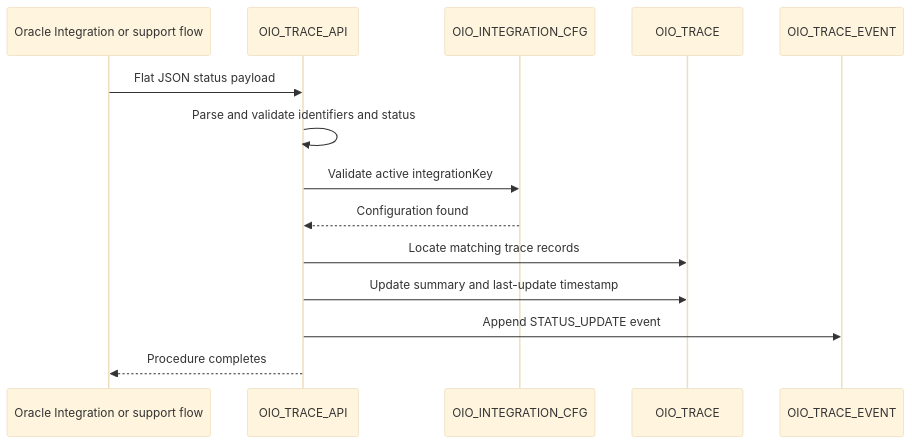
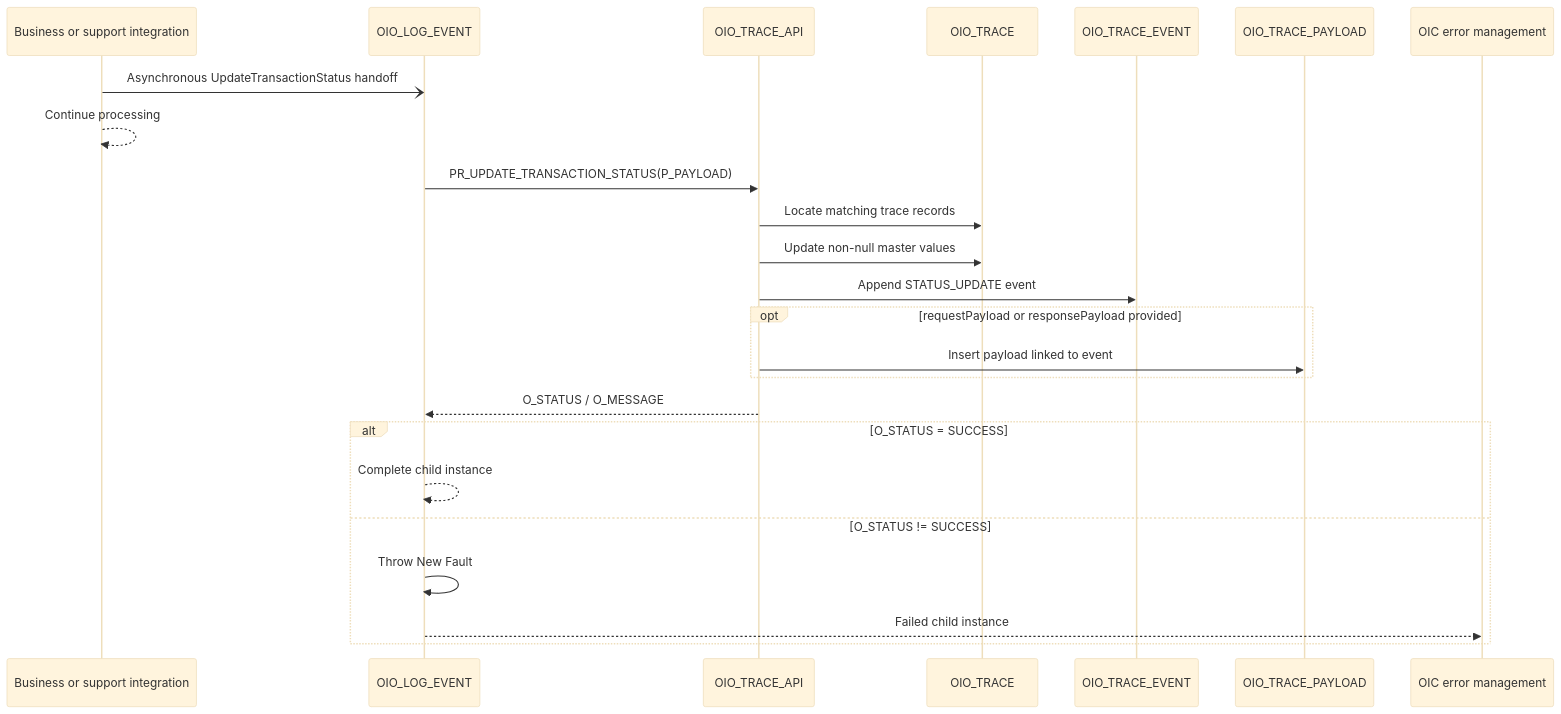
One commit to lucianosilva/oracle-integration-observability changed the third of 4 diagrams in docs/architecture.md. Above: the diagram before and after it, drawn with Mermaid (base theme). The commit also changed other lines of this file and 3 other files, not shown here.

Commit message:
docs: align architecture and logging contract with OIC implementation

````diff
--- a/docs/architecture.md
+++ b/docs/architecture.md
@@ -222,17 +270,27 @@
 ```mermaid
 sequenceDiagram
-    participant OIC as Oracle Integration or support flow
+    participant Parent as Business or support integration
+    participant Logger as OIO_LOG_EVENT
     participant API as OIO_TRACE_API
-    participant CFG as OIO_INTEGRATION_CFG
     participant TRC as OIO_TRACE
     participant EVT as OIO_TRACE_EVENT
+    participant PAY as OIO_TRACE_PAYLOAD
+    participant EM as OIC error management
 
-    OIC->>API: Flat JSON status payload
-    API->>API: Parse and validate identifiers and status
-    API->>CFG: Validate active integrationKey
-    CFG-->>API: Configuration found
+    Parent-)Logger: Asynchronous UpdateTransactionStatus handoff
+    Parent-->>Parent: Continue processing
+    Logger->>API: PR_UPDATE_TRANSACTION_STATUS(P_PAYLOAD)
     API->>TRC: Locate matching trace records
-    API->>TRC: Update summary and last-update timestamp
+    API->>TRC: Update non-null master values
     API->>EVT: Append STATUS_UPDATE event
-    API-->>OIC: Procedure completes
+    opt requestPayload or responsePayload provided
+        API->>PAY: Insert payload linked to event
+    end
+    API-->>Logger: O_STATUS / O_MESSAGE
+    alt O_STATUS = SUCCESS
+        Logger-->>Logger: Complete child instance
+    else O_STATUS != SUCCESS
+        Logger->>Logger: Throw New Fault
+        Logger-->>EM: Failed child instance
+    end
 ```
````
